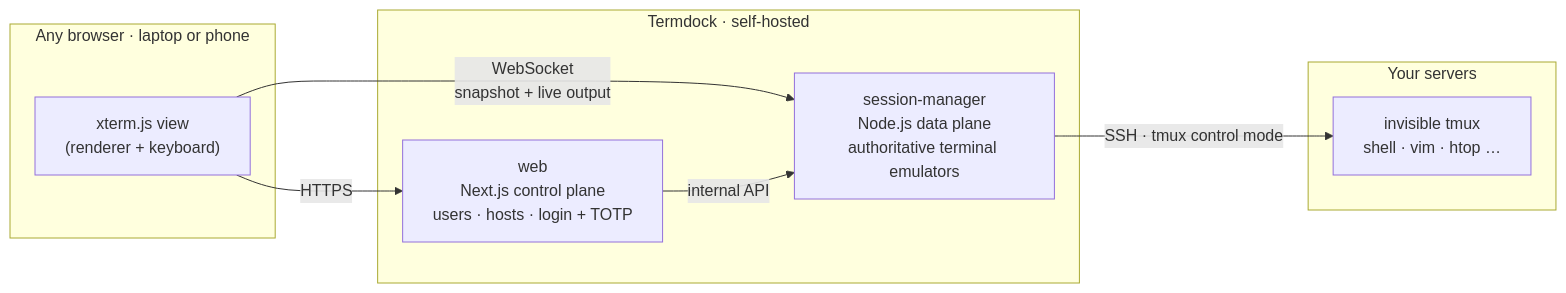
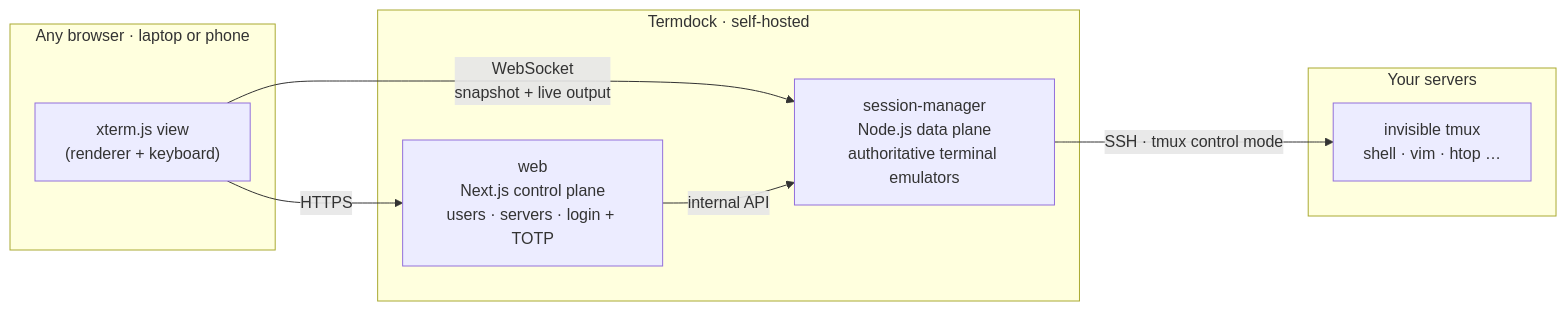
Before and after one commit to ativaone/termavox: the diagram in README.md, drawn with Mermaid. The commit also changed other lines of this file and 128 other files, not shown here.

First line of the commit message:
Servers replace hosts and connection profiles (D-29); host-key trust per user and address

````diff
--- a/README.md
+++ b/README.md
@@ -49,17 +70,17 @@
 ```mermaid
 flowchart LR
   subgraph B["Any browser · laptop or phone"]
     V["xterm.js view<br/>(renderer + keyboard)"]
   end
   subgraph T["Termdock · self-hosted"]
-    W["web<br/>Next.js control plane<br/>users · hosts · login + TOTP"]
+    W["web<br/>Next.js control plane<br/>users · servers · login + TOTP"]
     S["session-manager<br/>Node.js data plane<br/>authoritative terminal emulators"]
   end
   subgraph R["Your servers"]
     X["invisible tmux<br/>shell · vim · htop …"]
   end
   V -- "HTTPS" --> W
   V -- "WebSocket<br/>snapshot + live output" --> S
   W -- "internal API" --> S
   S -- "SSH · tmux control mode" --> X
 ```
````
